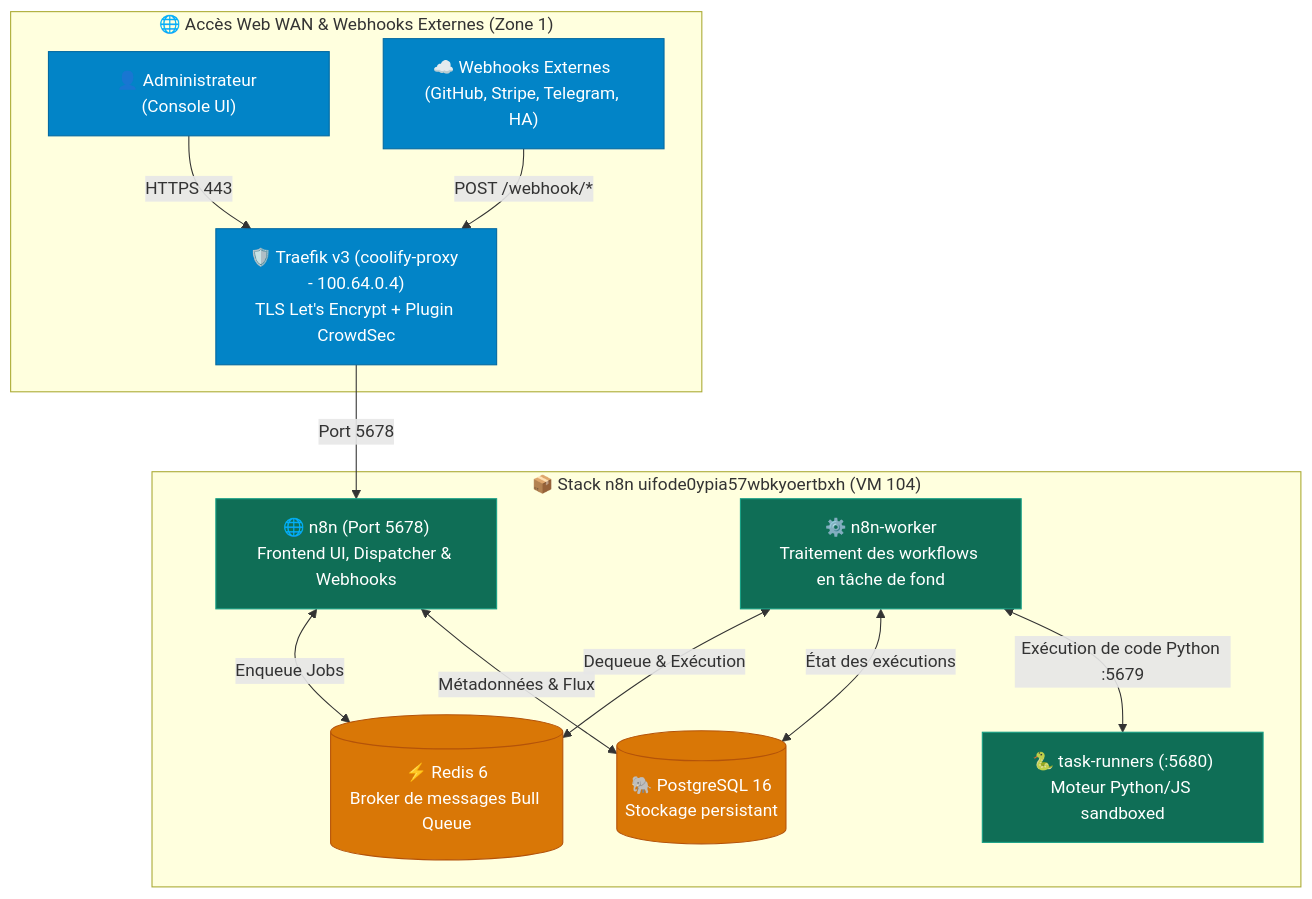
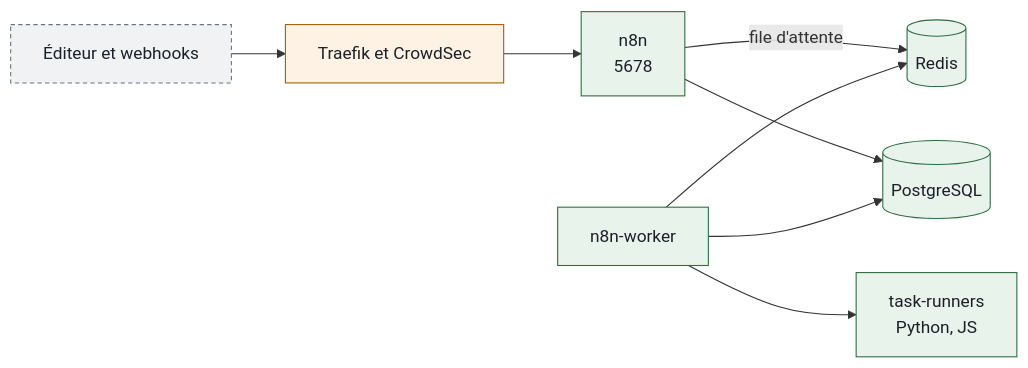
The diagram in services/n8n.md (ims-world/docs), drawn with Mermaid before and after one commit. The commit also changed other lines of this file and 17 other files, not shown here.

````diff
--- a/services/n8n.md
+++ b/services/n8n.md
@@ -69,36 +41,16 @@
 ```mermaid
-graph TB
-    subgraph INGRESS ["🌐 Accès Web WAN & Webhooks Externes (Zone 1)"]
-        USER["👤 Administrateur (Console UI)"]
-        WEBHOOK_CALLS["☁️ Webhooks Externes (GitHub, Stripe, Telegram, HA)"]
-        TRAEFIK["🛡️ Traefik v3 (coolify-proxy - 100.64.0.4)<br/>TLS Let's Encrypt + Plugin CrowdSec"]
-    end
-
-    subgraph N8N_CLUSTER ["📦 Stack n8n uifode0ypia57wbkyoertbxh (VM 104)"]
-        N8N_WEB["🌐 n8n (Port 5678)<br/>Frontend UI, Dispatcher & Webhooks"]
-        N8N_WORKER["⚙️ n8n-worker<br/>Traitement des workflows en tâche de fond"]
-        RUNNERS["🐍 task-runners (:5680)<br/>Moteur Python/JS sandboxed"]
-        REDIS[("⚡ Redis 6<br/>Broker de messages Bull Queue")]
-        POSTGRES[("🐘 PostgreSQL 16<br/>Stockage persistant")]
-    end
-
-    USER -->|HTTPS 443| TRAEFIK
-    WEBHOOK_CALLS -->|POST /webhook/*| TRAEFIK
-
-    TRAEFIK -->|Port 5678| N8N_WEB
-
-    N8N_WEB <-->|Enqueue Jobs| REDIS
-    N8N_WORKER <-->|Dequeue & Exécution| REDIS
-
-    N8N_WEB <-->|Métadonnées & Flux| POSTGRES
-    N8N_WORKER <-->|État des exécutions| POSTGRES
-
-    N8N_WORKER <-->|Exécution de code Python :5679| RUNNERS
-
-    classDef web fill:#0284C7,stroke:#0369A1,color:#fff;
-    classDef n8n fill:#0F6E56,stroke:#16A085,color:#fff;
-    classDef db fill:#D97706,stroke:#B45309,color:#fff;
-    class USER,WEBHOOK_CALLS,TRAEFIK web;
-    class N8N_WEB,N8N_WORKER,RUNNERS n8n;
-    class REDIS,POSTGRES db;
+flowchart LR
+  client[Éditeur et webhooks] --> traefik[Traefik et CrowdSec]
+  traefik --> web[n8n<br/>5678]
+  web -->|file d'attente| redis[(Redis)]
+  worker[n8n-worker] --> redis
+  worker --> runners[task-runners<br/>Python, JS]
+  web --> pg[(PostgreSQL)]
+  worker --> pg
+  class client externe
+  class traefik reseau
+  class web,worker,runners,redis,pg service
+  classDef service fill:#e8f3eb,stroke:#2e6b3f,color:#1b2129
+  classDef reseau fill:#fdf2e3,stroke:#a35a00,color:#1b2129
+  classDef externe fill:#f1f2f4,stroke:#6b7480,color:#1b2129,stroke-dasharray:4 3
 ```
````
